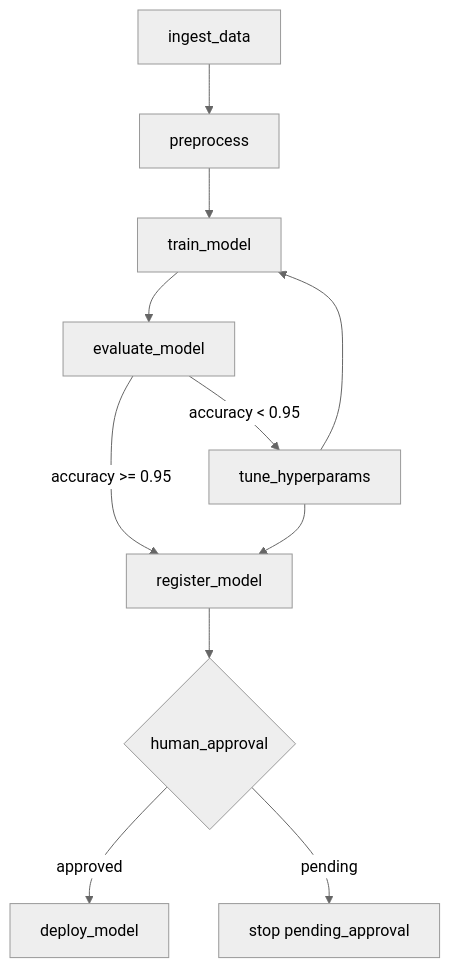
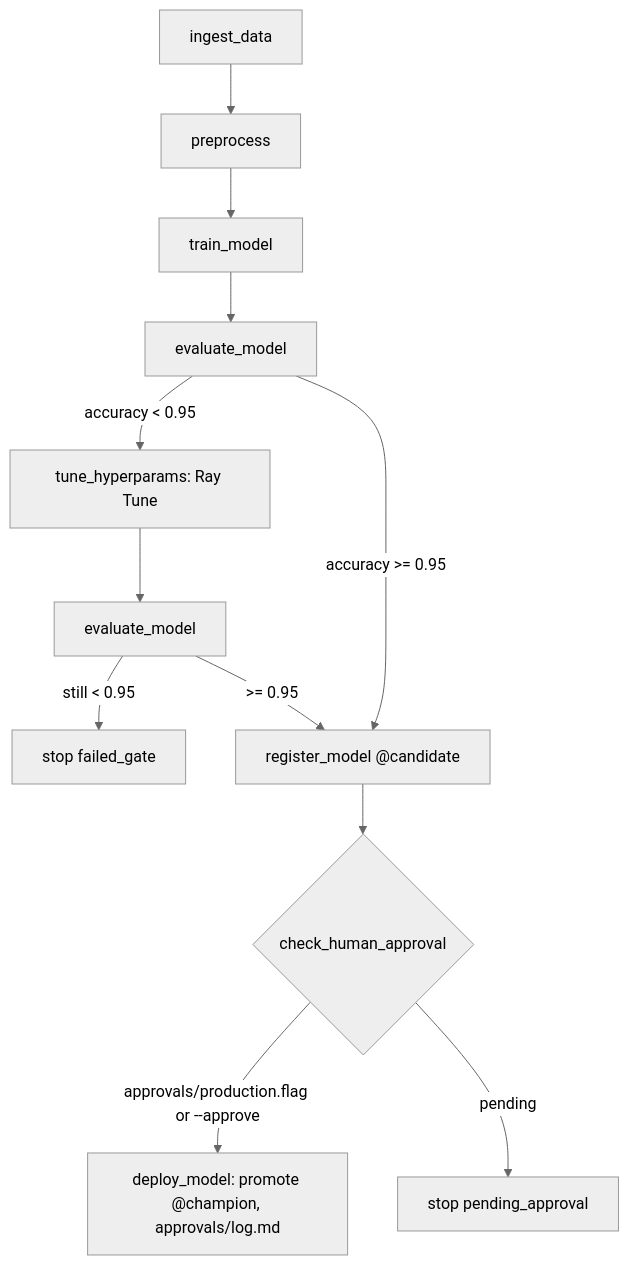
The second of 2 diagrams in docs/pipeline-dag.md (Cartelis/mlops-personal), drawn with Mermaid (neutral theme) before and after one commit. The commit also changed other lines of this file and 50 other files, not shown here.

````diff
--- a/docs/pipeline-dag.md
+++ b/docs/pipeline-dag.md
@@ -5,13 +40,10 @@
 ```mermaid
 flowchart TD
-    A[ingest_data] --> B[preprocess]
-    B --> C[train_model]
-    C --> D[evaluate_model]
-    D -->|accuracy < 0.95| E[tune_hyperparams]
-    E --> C
-    D -->|accuracy >= 0.95| F[register_model]
-    E --> F
-    F --> G{human_approval}
-    G -->|approved| H[deploy_model]
+    A[ingest_data] --> B[preprocess] --> C[train_model] --> D[evaluate_model]
+    D -->|accuracy < 0.95| E[tune_hyperparams: Ray Tune] --> D2[evaluate_model] -->|still < 0.95| F[stop failed_gate]
+    D -->|accuracy >= 0.95| R[register_model @candidate]
+    D2 -->|>= 0.95| R
+    R --> G{check_human_approval}
+    G -->|approvals/production.flag or --approve| H[deploy_model: promote @champion, approvals/log.md]
     G -->|pending| I[stop pending_approval]
 ```
````
